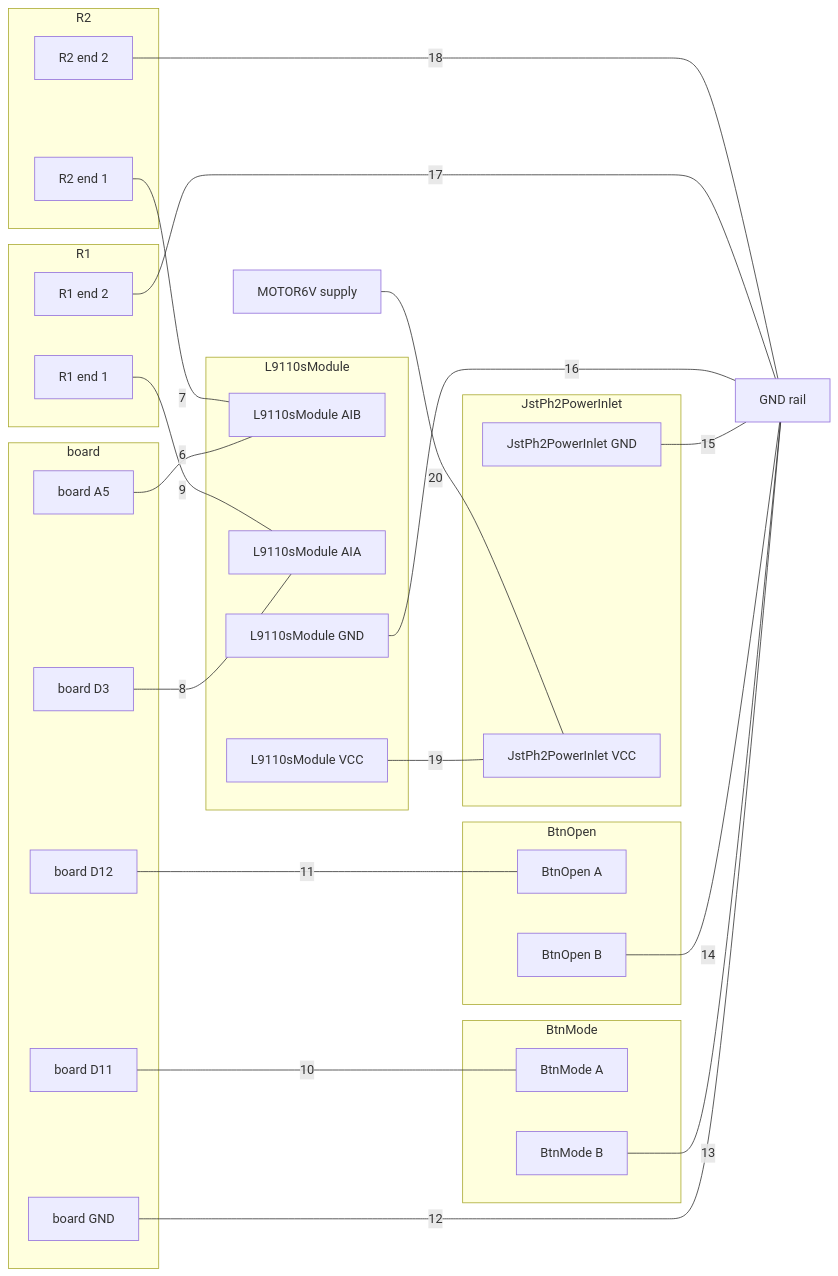
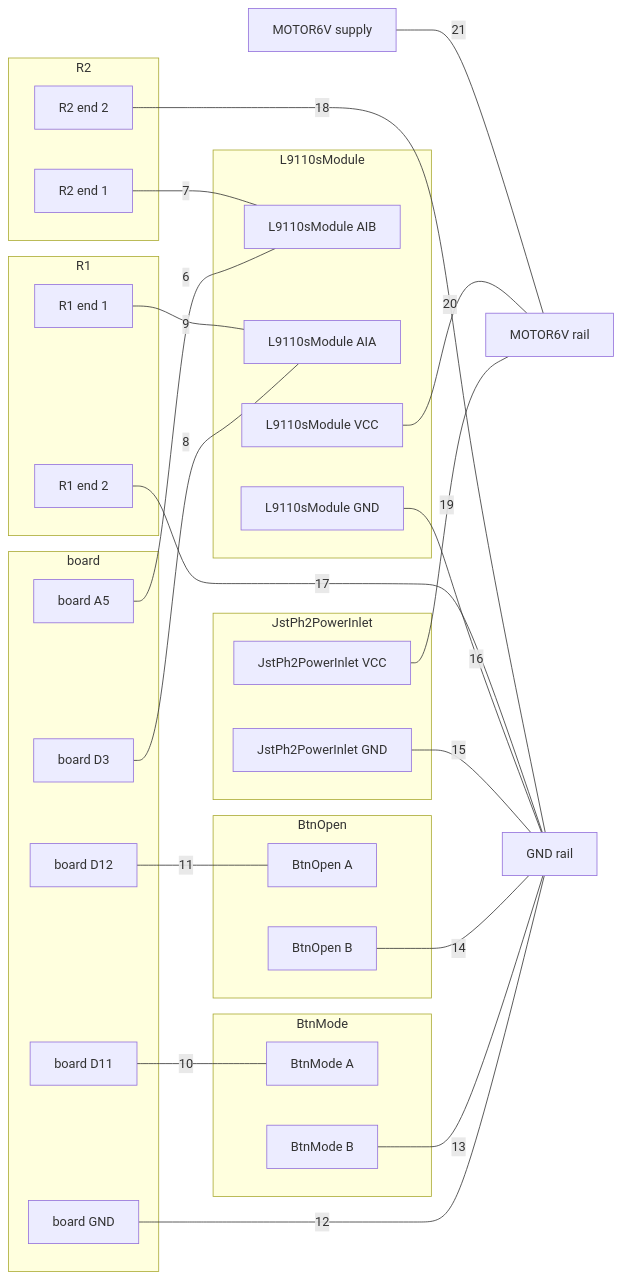
The diagram in tests/data/breadboard/motor/breadboard.expected.md (xmejkal/spark), drawn with Mermaid before and after one commit. The commit also changed other lines of this file and 16 other files, not shown here.

````diff
--- a/tests/data/breadboard/motor/breadboard.expected.md
+++ b/tests/data/breadboard/motor/breadboard.expected.md
@@ -48,53 +49,55 @@
 ```mermaid
 flowchart LR
   subgraph g1["board"]
     n1["board A5"]
     n2["board D3"]
     n3["board D11"]
     n4["board D12"]
     n5["board GND"]
   end
   subgraph g2["L9110sModule"]
     n6["L9110sModule AIB"]
     n7["L9110sModule AIA"]
     n8["L9110sModule GND"]
     n9["L9110sModule VCC"]
   end
   subgraph g3["R2"]
     n10["R2 end 1"]
     n11["R2 end 2"]
   end
   subgraph g4["R1"]
     n12["R1 end 1"]
     n13["R1 end 2"]
   end
   subgraph g5["BtnMode"]
     n14["BtnMode A"]
     n15["BtnMode B"]
   end
   subgraph g6["BtnOpen"]
     n16["BtnOpen A"]
     n17["BtnOpen B"]
   end
   subgraph g7["JstPh2PowerInlet"]
     n18["JstPh2PowerInlet GND"]
     n19["JstPh2PowerInlet VCC"]
   end
   n20["GND rail"]
-  n21["MOTOR6V supply"]
+  n21["MOTOR6V rail"]
+  n22["MOTOR6V supply"]
   n1 ---|"6"| n6
   n10 ---|"7"| n6
   n2 ---|"8"| n7
   n12 ---|"9"| n7
   n3 ---|"10"| n14
   n4 ---|"11"| n16
   n5 ---|"12"| n20
   n15 ---|"13"| n20
   n17 ---|"14"| n20
   n18 ---|"15"| n20
   n8 ---|"16"| n20
   n13 ---|"17"| n20
   n11 ---|"18"| n20
-  n9 ---|"19"| n19
-  n21 ---|"20"| n19
+  n19 ---|"19"| n21
+  n9 ---|"20"| n21
+  n22 ---|"21"| n21
 ```
````
